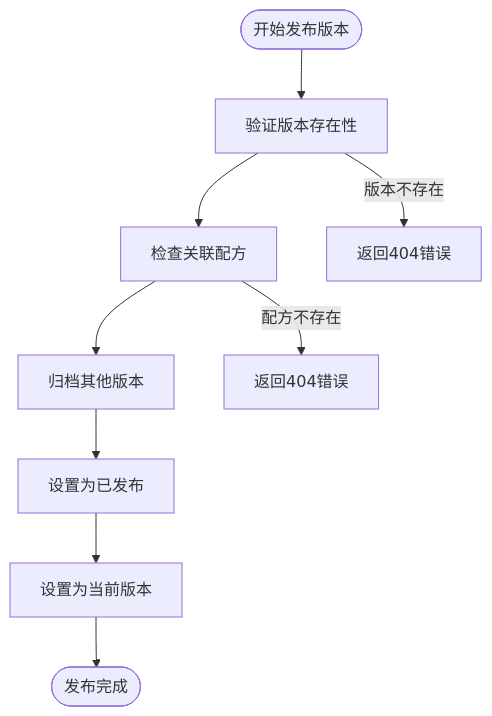
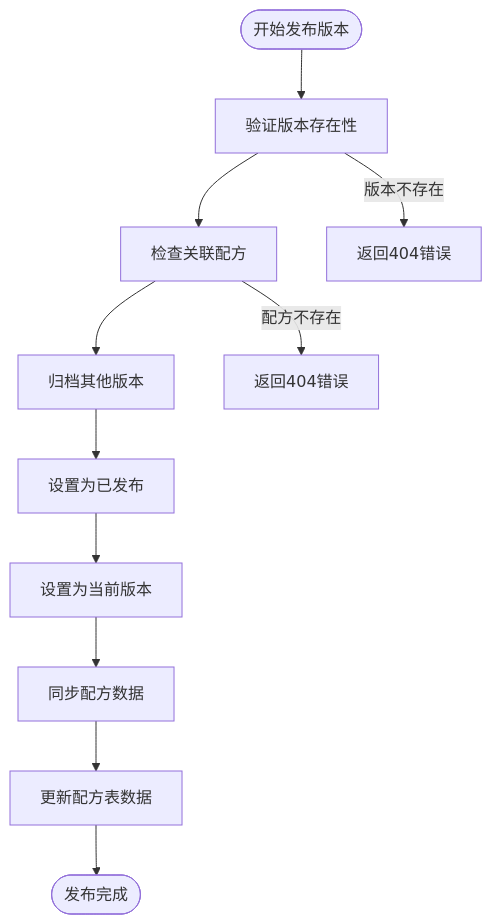
One commit to xpretycn/TingStudio changed the seventh of 18 diagrams in .qoder/repowiki/zh/content/核心功能模块/版本控制系统/版本控制系统.md. Above: the diagram before and after it, drawn with Mermaid. The commit also changed other lines of this file and 56 other files, not shown here.

````diff
--- a/.qoder/repowiki/zh/content/核心功能模块/版本控制系统/版本控制系统.md
+++ b/.qoder/repowiki/zh/content/核心功能模块/版本控制系统/版本控制系统.md
@@ -301,11 +318,13 @@
 ```mermaid
 flowchart TD
 Start([开始发布版本]) --> ValidateVersion[验证版本存在性]
 ValidateVersion --> CheckFormula[检查关联配方]
 CheckFormula --> ArchiveOthers[归档其他版本]
 ArchiveOthers --> SetPublished[设置为已发布]
 SetPublished --> SetCurrent[设置为当前版本]
-SetCurrent --> End([发布完成])
+SetCurrent --> SyncFormulaData[同步配方数据]
+SyncFormulaData --> UpdateFormulas[更新配方表数据]
+UpdateFormulas --> End([发布完成])
 ValidateVersion --> |版本不存在| Error1[返回404错误]
 CheckFormula --> |配方不存在| Error2[返回404错误]
 ```
````
